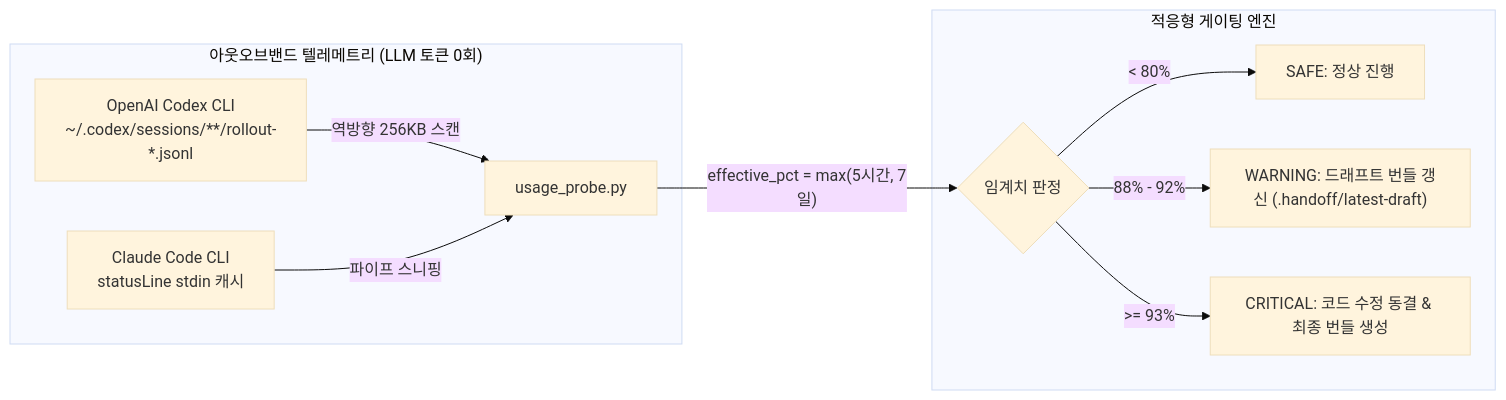
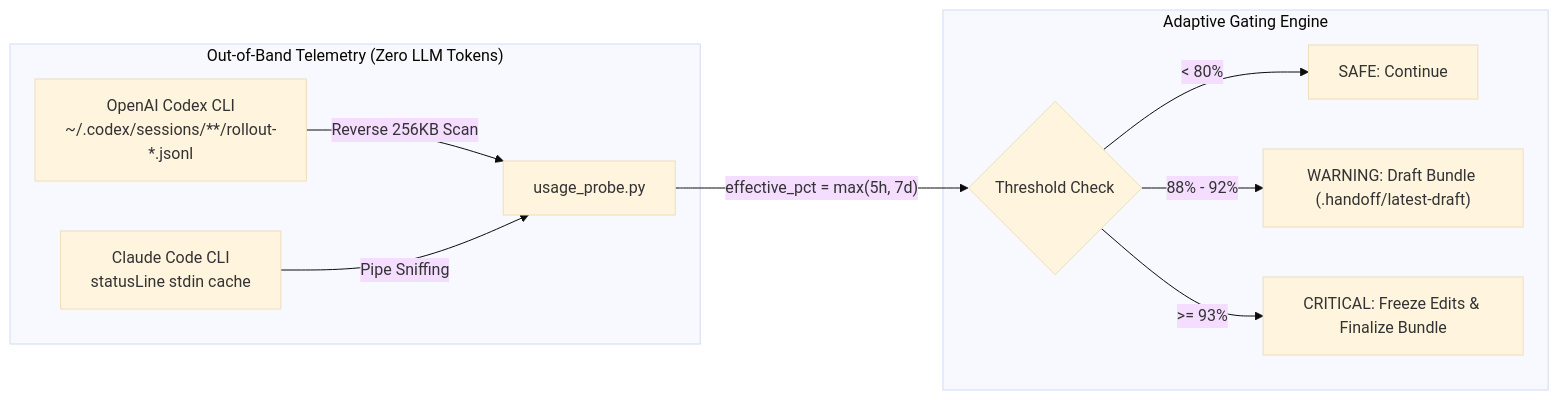
The first of 2 diagrams in README.ko.md (dukjoon/limit_upcoming), drawn with Mermaid (base theme) before and after one commit. The commit also changed other lines of this file, not shown here.

````diff
--- a/README.ko.md
+++ b/README.ko.md
@@ -109,14 +109,14 @@
 ```mermaid
 flowchart LR
-    subgraph OutOfBand["아웃오브밴드 텔레메트리 (LLM 토큰 0회)"]
-        A["OpenAI Codex CLI\n~/.codex/sessions/**/rollout-*.jsonl"] -->|"역방향 256KB 스캔"| P["usage_probe.py"]
-        B["Claude Code CLI\nstatusLine stdin 캐시"] -->|"파이프 스니핑"| P
+    subgraph OutOfBand["Out-of-Band Telemetry (Zero LLM Tokens)"]
+        A["OpenAI Codex CLI\n~/.codex/sessions/**/rollout-*.jsonl"] -->|"Reverse 256KB Scan"| P["usage_probe.py"]
+        B["Claude Code CLI\nstatusLine stdin cache"] -->|"Pipe Sniffing"| P
     end
 
-    subgraph Decision["적응형 게이팅 엔진"]
-        P -->|"effective_pct = max(5시간, 7일)"| D{"임계치 판정"}
-        D -->|"< 80%"| S["SAFE: 정상 진행"]
-        D -->|"88% - 92%"| W["WARNING: 드래프트 번들 갱신 (.handoff/latest-draft)"]
-        D -->|">= 93%"| C["CRITICAL: 코드 수정 동결 & 최종 번들 생성"]
+    subgraph Decision["Adaptive Gating Engine"]
+        P -->|"effective_pct = max(5h, 7d)"| D{"Threshold Check"}
+        D -->|"< 80%"| S["SAFE: Continue"]
+        D -->|"88% - 92%"| W["WARNING: Draft Bundle (.handoff/latest-draft)"]
+        D -->|">= 93%"| C["CRITICAL: Freeze Edits & Finalize Bundle"]
     end
 ```
````
